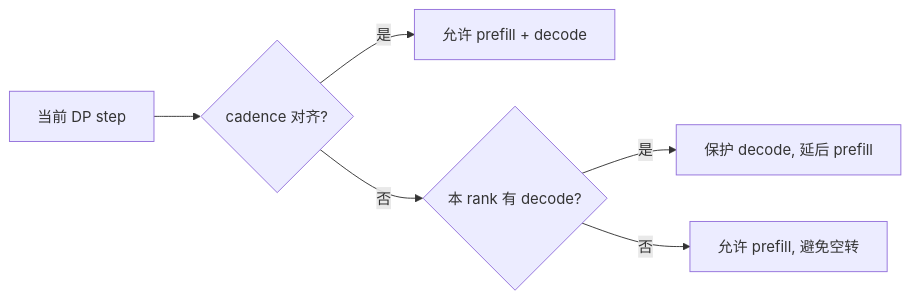
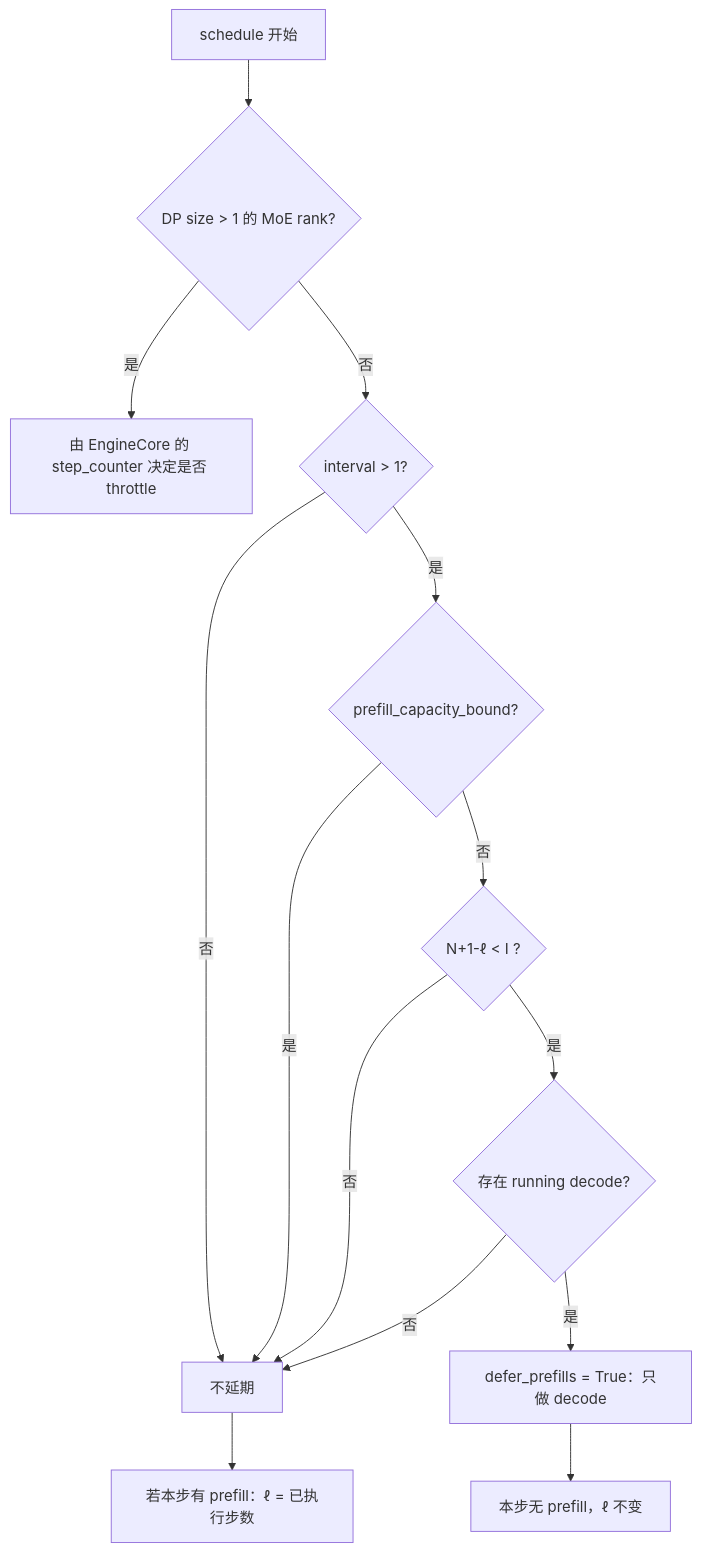
Diagram 27 of 29 in book/04-scheduler/README.md (cluster1900/vllm_reader), drawn with Mermaid before and after one commit. The commit also changed other lines of this file and 5 other files, not shown here.

````diff
--- a/book/04-scheduler/README.md
+++ b/book/04-scheduler/README.md
@@ -1234,8 +1517,16 @@
 ```mermaid
-flowchart LR
-    STEP[当前 DP step] --> CAD{cadence 对齐?}
-    CAD -->|是| ALL[允许 prefill + decode]
-    CAD -->|否| RUN{本 rank 有 decode?}
-    RUN -->|是| DEC[保护 decode, 延后 prefill]
-    RUN -->|否| PRE[允许 prefill, 避免空转]
+flowchart TD
+    S[schedule 开始] --> M{DP size > 1 的 MoE rank?}
+    M -->|是| E[由 EngineCore 的 step_counter 决定是否 throttle]
+    M -->|否| I{interval > 1?}
+    I -->|否| ALL[不延期]
+    I -->|是| B{prefill_capacity_bound?}
+    B -->|是| ALL
+    B -->|否| W{N+1-ℓ < I ?}
+    W -->|否| ALL
+    W -->|是| D{存在 running decode?}
+    D -->|否| ALL
+    D -->|是| DEF[defer_prefills = True：只做 decode]
+    ALL --> U[若本步有 prefill：ℓ = 已执行步数]
+    DEF --> V[本步无 prefill，ℓ 不变]
 ```
````
